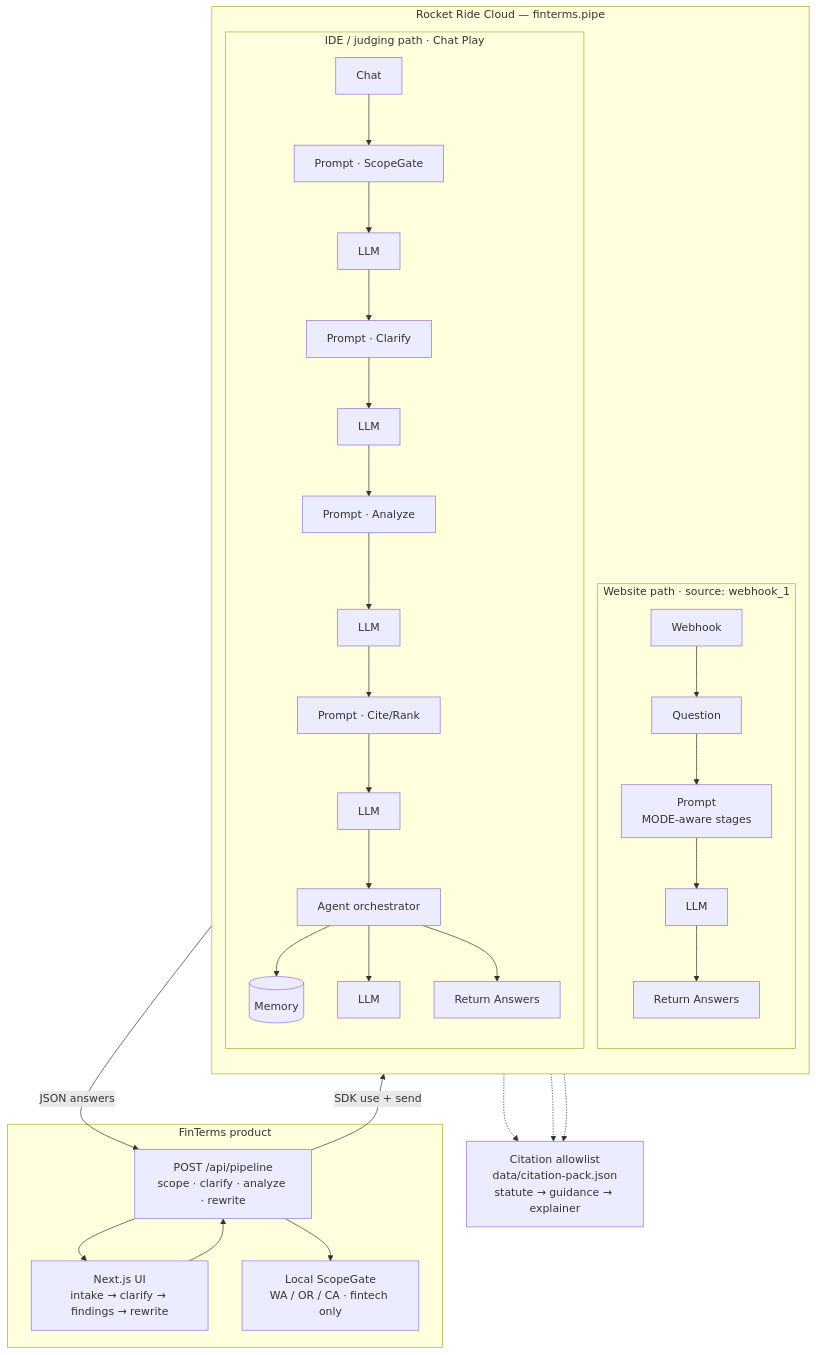
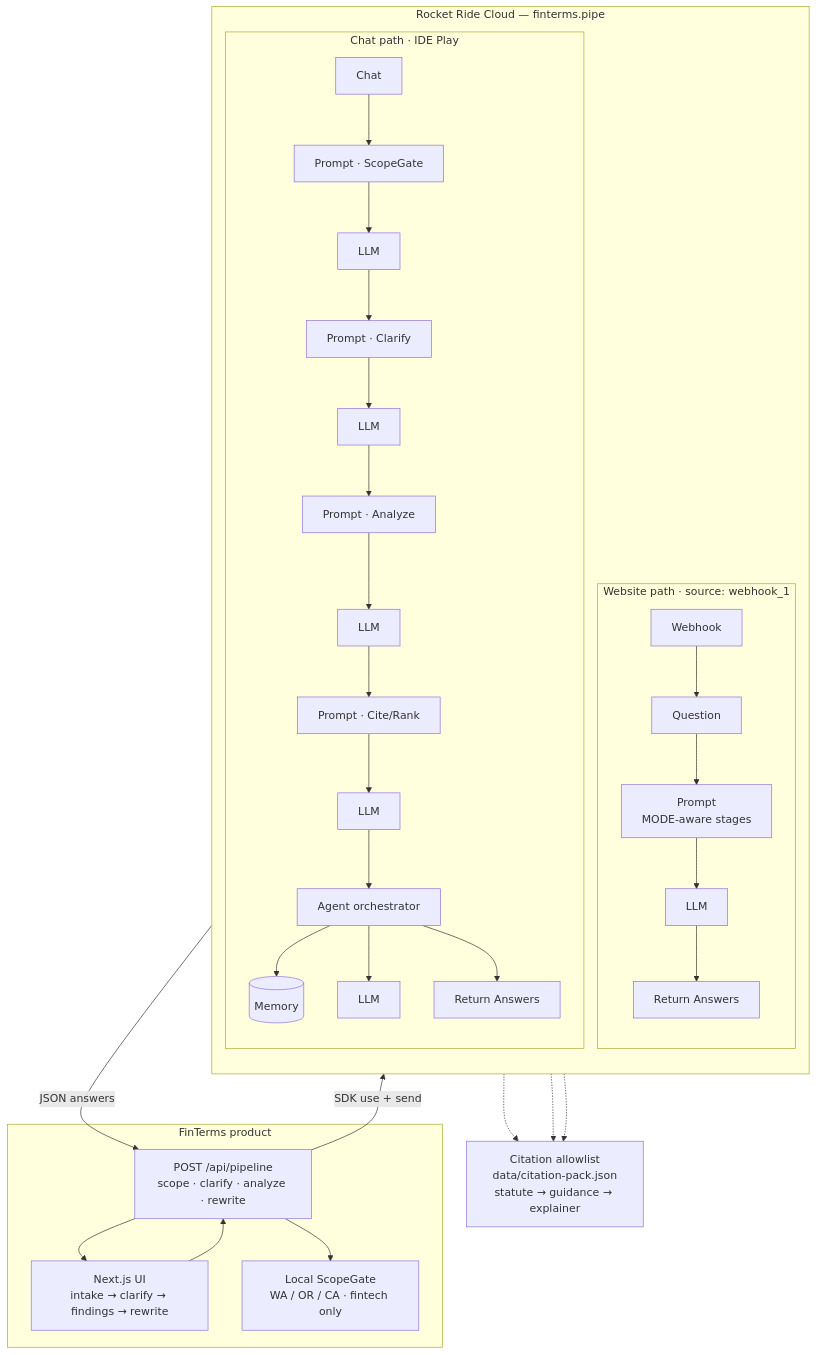
The diagram in README.md (amyzhao-entrepreneur/FinTerms), drawn with Mermaid before and after one commit. The commit also changed other lines of this file, not shown here.

````diff
--- a/README.md
+++ b/README.md
@@ -13,45 +13,45 @@
 ```mermaid
 flowchart TB
   subgraph Product["FinTerms product"]
     UI["Next.js UI<br/>intake → clarify → findings → rewrite"]
     API["POST /api/pipeline<br/>scope · clarify · analyze · rewrite"]
     Scope["Local ScopeGate<br/>WA / OR / CA · fintech only"]
     UI --> API
     API --> Scope
   end
 
   subgraph RR["Rocket Ride Cloud — finterms.pipe"]
     direction TB
 
     subgraph WebPath["Website path · source: webhook_1"]
       WH[Webhook] --> Q[Question]
       Q --> PWeb["Prompt<br/>MODE-aware stages"]
       PWeb --> LLMWeb[LLM]
       LLMWeb --> RAWeb[Return Answers]
     end
 
-    subgraph ChatPath["IDE / judging path · Chat Play"]
+    subgraph ChatPath["Chat path · IDE Play"]
       Chat[Chat] --> PS[Prompt · ScopeGate]
       PS --> LS[LLM]
       LS --> PC[Prompt · Clarify]
       PC --> LC[LLM]
       LC --> PA[Prompt · Analyze]
       PA --> LA[LLM]
       LA --> PCite[Prompt · Cite/Rank]
       PCite --> LCite[LLM]
       LCite --> Agent["Agent orchestrator"]
       Agent --> Mem[(Memory)]
       Agent --> LLMAgent[LLM]
       Agent --> RAChat[Return Answers]
     end
   end
 
   Pack["Citation allowlist<br/>data/citation-pack.json<br/>statute → guidance → explainer"]
 
   API -->|"SDK use + send"| WH
   RAWeb -->|"JSON answers"| API
   API --> UI
   PWeb -.-> Pack
   PCite -.-> Pack
   Agent -.-> Pack
 ```
````
